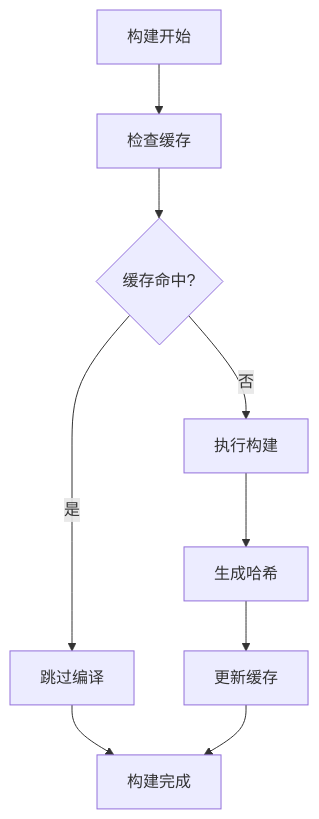
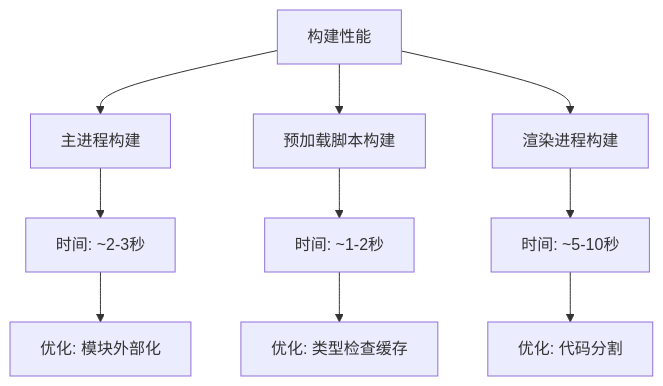
One commit to haolange/RDC-Agent changed the fifth of 5 diagrams in .qoder/repowiki/zh/content/构建与打包/Angular 构建配置.md. Above: the diagram before and after it, drawn with Mermaid. The commit also changed other lines of this file and 3 other files, not shown here.

````diff
--- a/.qoder/repowiki/zh/content/构建与打包/Angular 构建配置.md
+++ b/.qoder/repowiki/zh/content/构建与打包/Angular 构建配置.md
@@ -508,11 +305,12 @@
 ```mermaid
-flowchart TD
-A[构建开始] --> B[检查缓存]
-B --> C{缓存命中?}
-C --> |是| D[跳过编译]
-C --> |否| E[执行构建]
-E --> F[生成哈希]
-F --> G[更新缓存]
-D --> H[构建完成]
-G --> H
+graph TB
+A[构建性能] --> B[主进程构建]
+A --> C[预加载脚本构建]
+A --> D[渲染进程构建]
+B --> E[时间: ~2-3秒]
+C --> F[时间: ~1-2秒]
+D --> G[时间: ~5-10秒]
+E --> H[优化: 模块外部化]
+F --> I[优化: 类型检查缓存]
+G --> J[优化: 代码分割]
 ```
````
